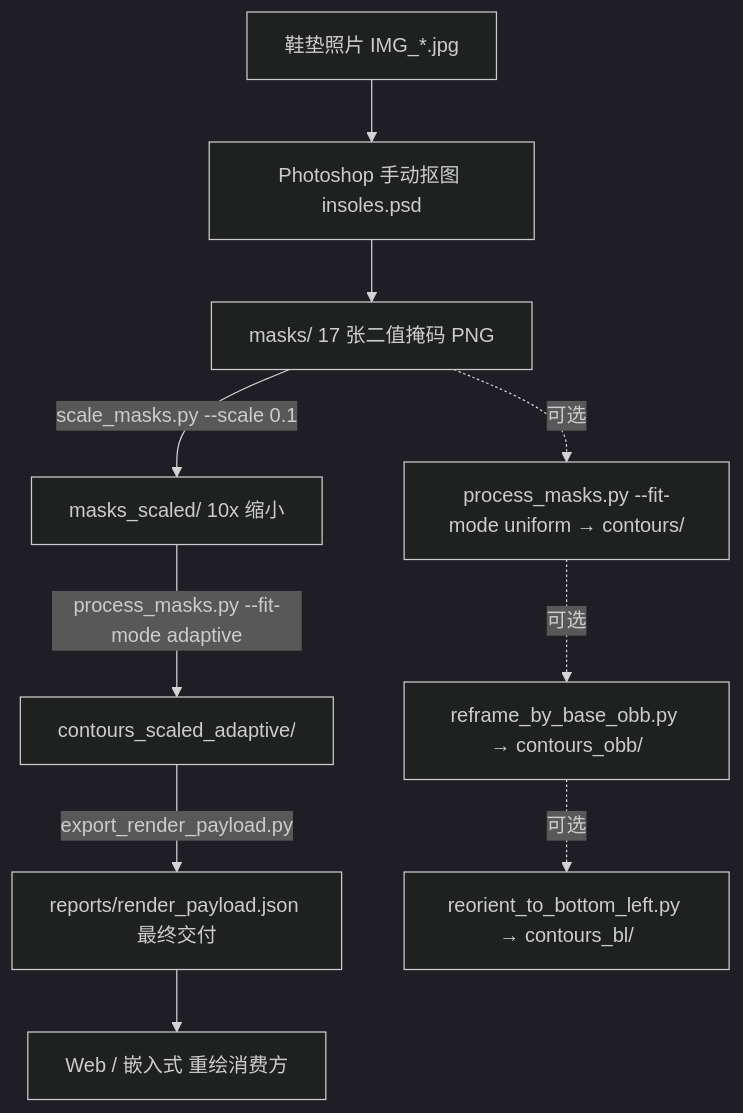
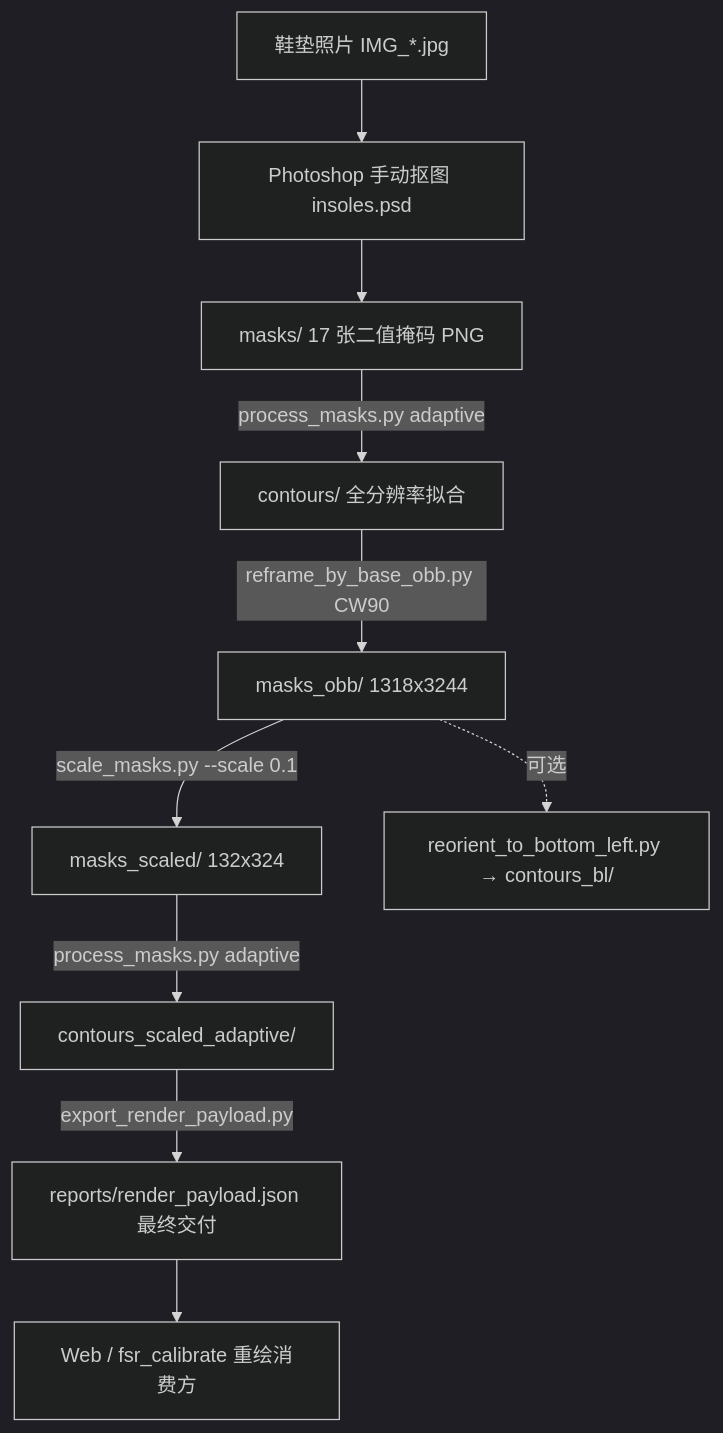
One commit to Junble19768/Magic-Insoles changed the diagram in tools/insoles-boundary/docs/PIPELINE.md. Above: the diagram before and after it, drawn with Mermaid (dark theme). The commit also changed other lines of this file and 114 other files, not shown here.

````diff
--- a/tools/insoles-boundary/docs/PIPELINE.md
+++ b/tools/insoles-boundary/docs/PIPELINE.md
@@ -86,13 +88,13 @@
 ```mermaid
 flowchart TD
     photo[鞋垫照片 IMG_*.jpg] --> psd[Photoshop 手动抠图 insoles.psd]
     psd --> masks[masks/ 17 张二值掩码 PNG]
-    masks -->|scale_masks.py --scale 0.1| scaled[masks_scaled/ 10x 缩小]
-    scaled -->|process_masks.py --fit-mode adaptive| ada[contours_scaled_adaptive/]
+    masks -->|process_masks.py adaptive| contours[contours/ 全分辨率拟合]
+    contours -->|reframe_by_base_obb.py CW90| obb[masks_obb/ 1318x3244]
+    obb -->|scale_masks.py --scale 0.1| scaled[masks_scaled/ 132x324]
+    scaled -->|process_masks.py adaptive| ada[contours_scaled_adaptive/]
     ada -->|export_render_payload.py| payload[reports/render_payload.json 最终交付]
-    payload --> consumer[Web / 嵌入式 重绘消费方]
+    payload --> consumer[Web / fsr_calibrate 重绘消费方]
 
-    masks -.可选.-> uni[process_masks.py --fit-mode uniform → contours/]
-    uni -.可选.-> obb[reframe_by_base_obb.py → contours_obb/]
     obb -.可选.-> bl[reorient_to_bottom_left.py → contours_bl/]
 ```
````
